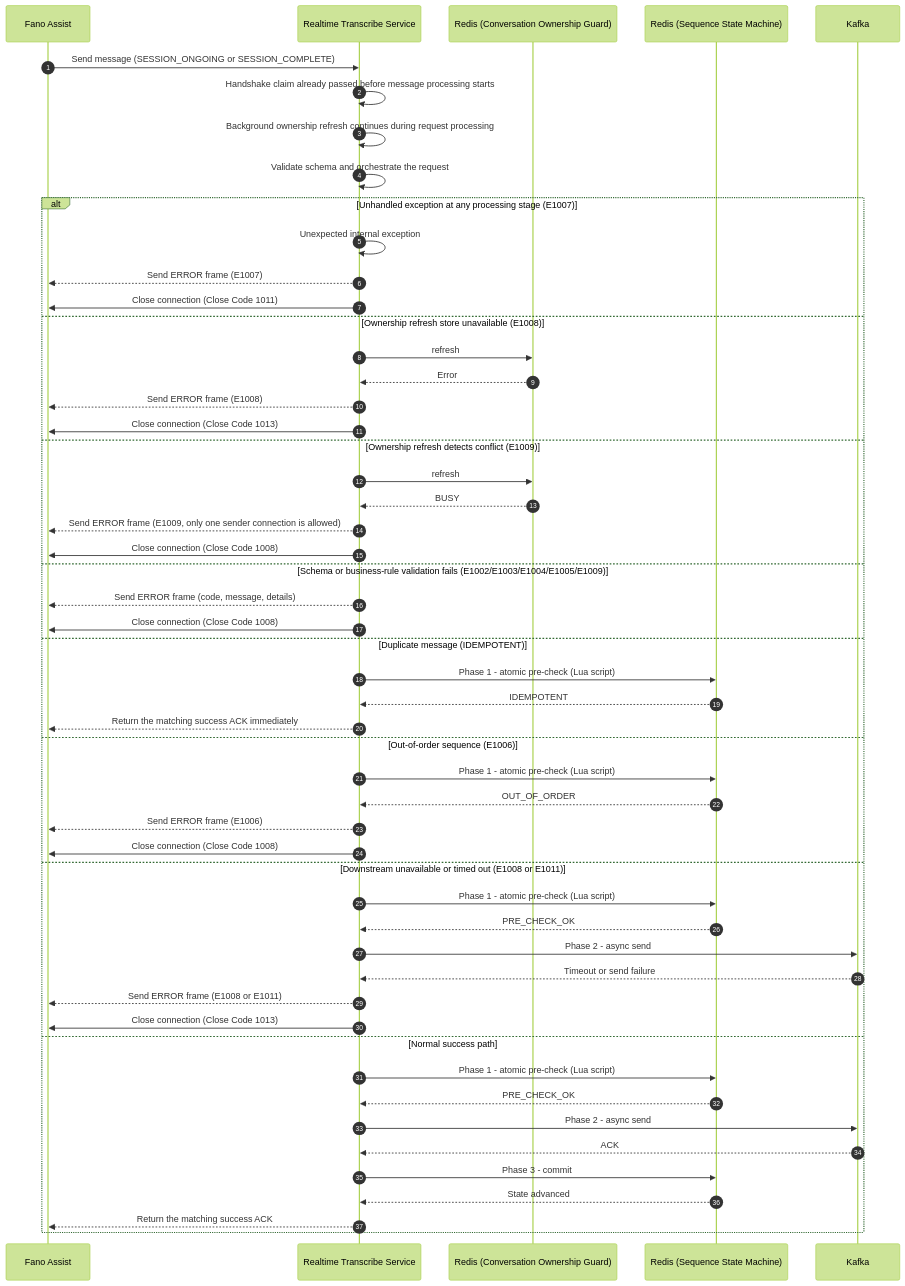
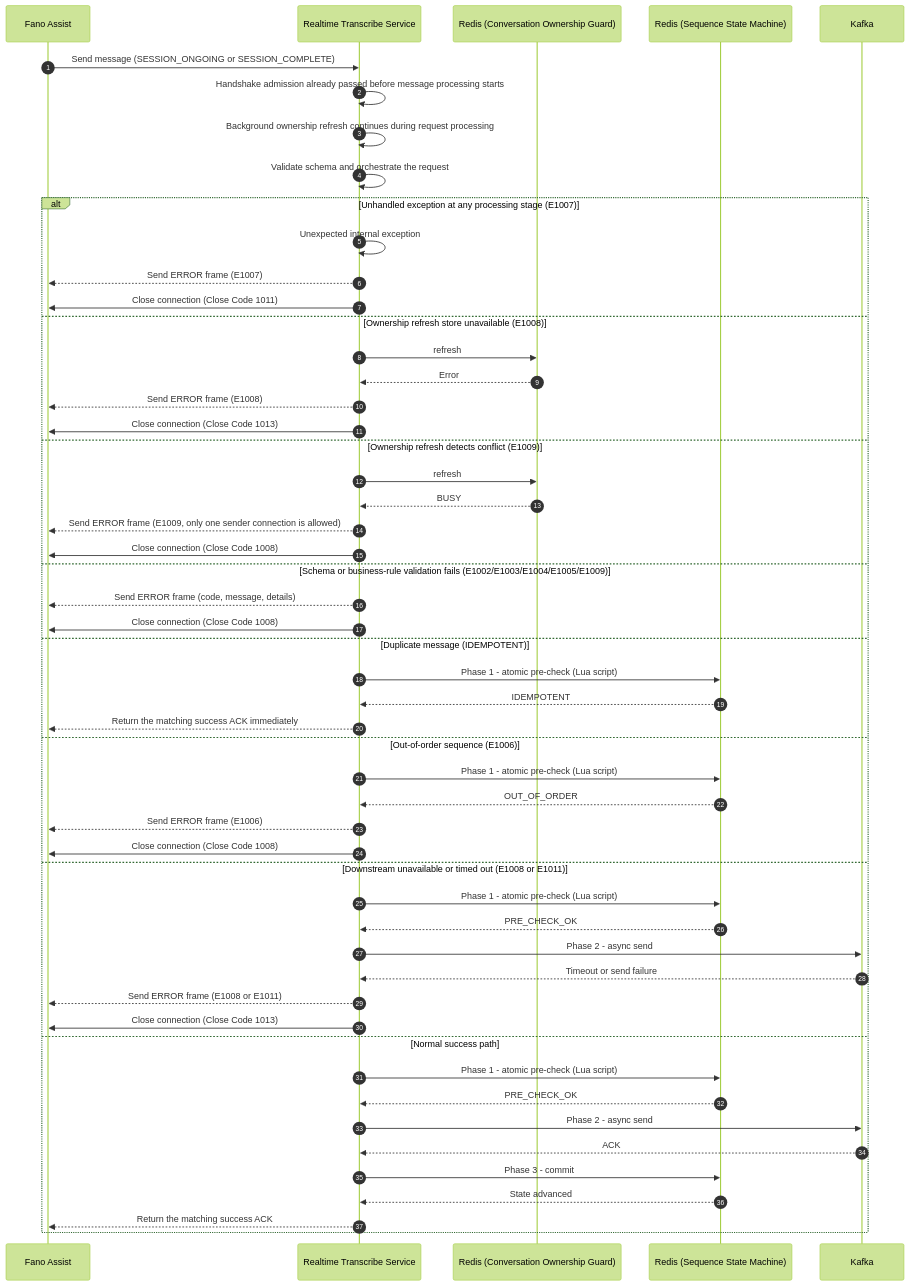
Before and after one commit to xiaodouya001/transcribe_service: the fifth of 6 diagrams in docs/design/app-design.md, drawn with Mermaid (forest theme). The commit also changed other lines of this file and 8 other files, not shown here.

````diff
--- a/docs/design/app-design.md
+++ b/docs/design/app-design.md
@@ -209,57 +215,57 @@
 ```mermaid
 sequenceDiagram
     autonumber
     participant Upstream as Fano Assist
     participant Trans as Realtime Transcribe Service
     participant RedisOwnership as Redis (Conversation Ownership Guard)
     participant RedisState as Redis (Sequence State Machine)
     participant Kafka as Kafka
 
     Upstream->>Trans: Send message (SESSION_ONGOING or SESSION_COMPLETE)
-    Trans->>Trans: Handshake claim already passed before message processing starts
+    Trans->>Trans: Handshake admission already passed before message processing starts
     Trans->>Trans: Background ownership refresh continues during request processing
     Trans->>Trans: Validate schema and orchestrate the request
 
     alt Unhandled exception at any processing stage (E1007)
         Trans->>Trans: Unexpected internal exception
         Trans-->>Upstream: Send ERROR frame (E1007)
         Trans->>Upstream: Close connection (Close Code 1011)
     else Ownership refresh store unavailable (E1008)
         Trans->>RedisOwnership: refresh
         RedisOwnership-->>Trans: Error
         Trans-->>Upstream: Send ERROR frame (E1008)
         Trans->>Upstream: Close connection (Close Code 1013)
     else Ownership refresh detects conflict (E1009)
         Trans->>RedisOwnership: refresh
         RedisOwnership-->>Trans: BUSY
         Trans-->>Upstream: Send ERROR frame (E1009, only one sender connection is allowed)
         Trans->>Upstream: Close connection (Close Code 1008)
     else Schema or business-rule validation fails (E1002/E1003/E1004/E1005/E1009)
         Trans-->>Upstream: Send ERROR frame (code, message, details)
         Trans->>Upstream: Close connection (Close Code 1008)
     else Duplicate message (IDEMPOTENT)
         Trans->>RedisState: Phase 1 - atomic pre-check (Lua script)
         RedisState-->>Trans: IDEMPOTENT
         Trans-->>Upstream: Return the matching success ACK immediately
     else Out-of-order sequence (E1006)
         Trans->>RedisState: Phase 1 - atomic pre-check (Lua script)
         RedisState-->>Trans: OUT_OF_ORDER
         Trans-->>Upstream: Send ERROR frame (E1006)
         Trans->>Upstream: Close connection (Close Code 1008)
     else Downstream unavailable or timed out (E1008 or E1011)
         Trans->>RedisState: Phase 1 - atomic pre-check (Lua script)
         RedisState-->>Trans: PRE_CHECK_OK
         Trans->>Kafka: Phase 2 - async send
         Kafka-->>Trans: Timeout or send failure
         Trans-->>Upstream: Send ERROR frame (E1008 or E1011)
         Trans->>Upstream: Close connection (Close Code 1013)
     else Normal success path
         Trans->>RedisState: Phase 1 - atomic pre-check (Lua script)
         RedisState-->>Trans: PRE_CHECK_OK
         Trans->>Kafka: Phase 2 - async send
         Kafka-->>Trans: ACK
         Trans->>RedisState: Phase 3 - commit
         RedisState-->>Trans: State advanced
         Trans-->>Upstream: Return the matching success ACK
     end
 ```
````
